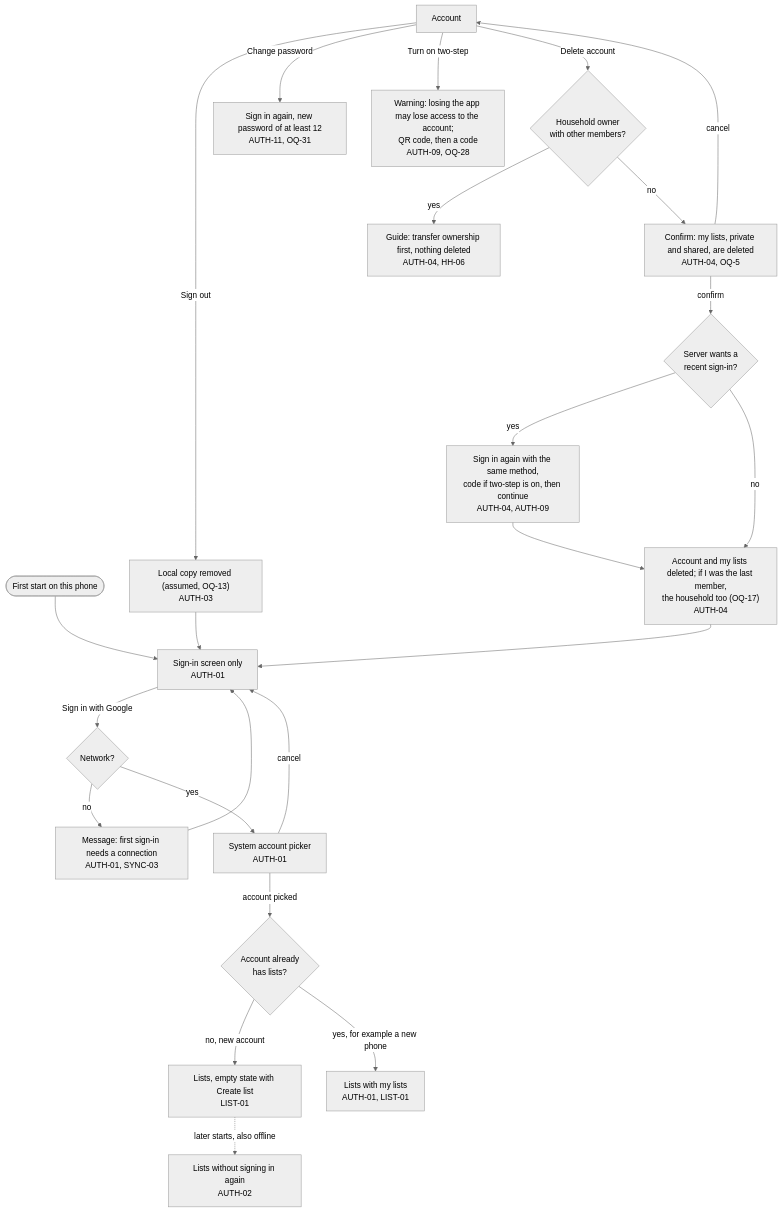
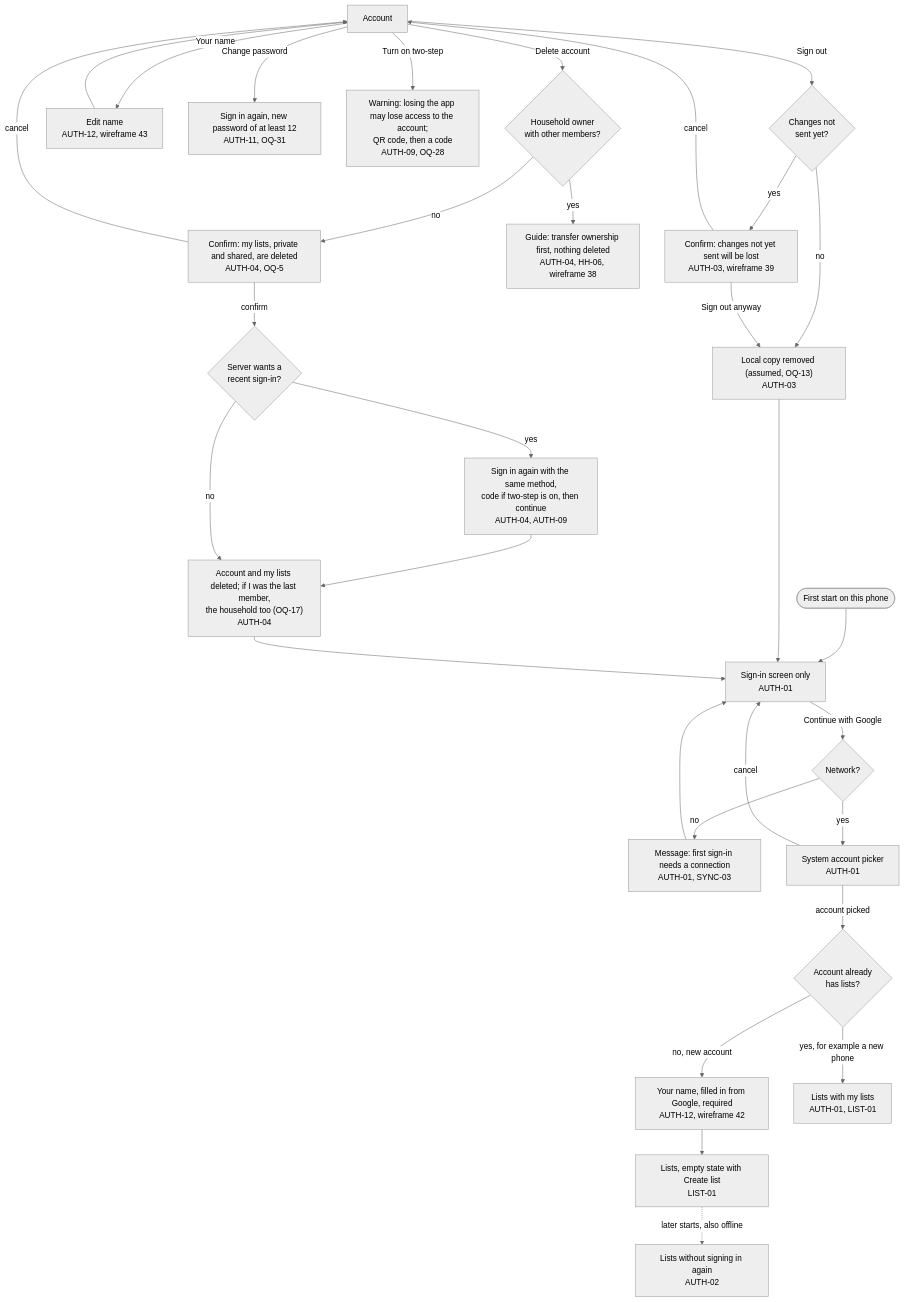
The second of 11 diagrams in docs/product/flow.md (bondo/listicles2), drawn with Mermaid (neutral theme) before and after one commit. The commit also changed other lines of this file and 1 other file, not shown here.

First line of the commit message:
docs: stories and flow for the M1 UI wording (AUTH-12, START-01, confirmations, texts)

````diff
--- a/docs/product/flow.md
+++ b/docs/product/flow.md
@@ -60,22 +62,27 @@
 ```mermaid
 flowchart TD
     open(["First start on this phone"]) --> si["Sign-in screen only<br>AUTH-01"]
-    si -- "Sign in with Google" --> net{"Network?"}
+    si -- "Continue with Google" --> net{"Network?"}
     net -- "no" --> nonet["Message: first sign-in needs a connection<br>AUTH-01, SYNC-03"] --> si
     net -- "yes" --> picker["System account picker<br>AUTH-01"]
     picker -- "cancel" --> si
     picker -- "account picked" --> known{"Account already<br>has lists?"}
-    known -- "no, new account" --> home["Lists, empty state with Create list<br>LIST-01"]
+    known -- "no, new account" --> nm["Your name, filled in from Google, required<br>AUTH-12, wireframe 42"] --> home["Lists, empty state with Create list<br>LIST-01"]
     known -- "yes, for example a new phone" --> mine["Lists with my lists<br>AUTH-01, LIST-01"]
     home -. "later starts, also offline" .-> home2["Lists without signing in again<br>AUTH-02"]
-    acc["Account"] -- "Sign out" --> wipe["Local copy removed (assumed, OQ-13)<br>AUTH-03"] --> si
+    acc["Account"] -- "Sign out" --> unsent{"Changes not<br>sent yet?"}
+    unsent -- "no" --> wipe["Local copy removed (assumed, OQ-13)<br>AUTH-03"] --> si
+    unsent -- "yes" --> unc["Confirm: changes not yet sent will be lost<br>AUTH-03, wireframe 39"]
+    unc -- "cancel" --> acc
+    unc -- "Sign out anyway" --> wipe
+    acc -- "Your name" --> ename["Edit name<br>AUTH-12, wireframe 43"] --> acc
     acc -- "Change password" --> chpw["Sign in again, new password of at least 12<br>AUTH-11, OQ-31"]
     acc -- "Turn on two-step" --> warn["Warning: losing the app may lose access to the account;<br>QR code, then a code<br>AUTH-09, OQ-28"]
     acc -- "Delete account" --> owner{"Household owner<br>with other members?"}
-    owner -- "yes" --> transfer["Guide: transfer ownership first, nothing deleted<br>AUTH-04, HH-06"]
+    owner -- "yes" --> transfer["Guide: transfer ownership first, nothing deleted<br>AUTH-04, HH-06, wireframe 38"]
     owner -- "no" --> confirm["Confirm: my lists, private and shared, are deleted<br>AUTH-04, OQ-5"]
     confirm -- "cancel" --> acc
     confirm -- "confirm" --> reauth{"Server wants a<br>recent sign-in?"}
     reauth -- "yes" --> again["Sign in again with the same method,<br>code if two-step is on, then continue<br>AUTH-04, AUTH-09"] --> gone
     reauth -- "no" --> gone["Account and my lists deleted; if I was the last member,<br>the household too (OQ-17)<br>AUTH-04"] --> si
 ```
````
